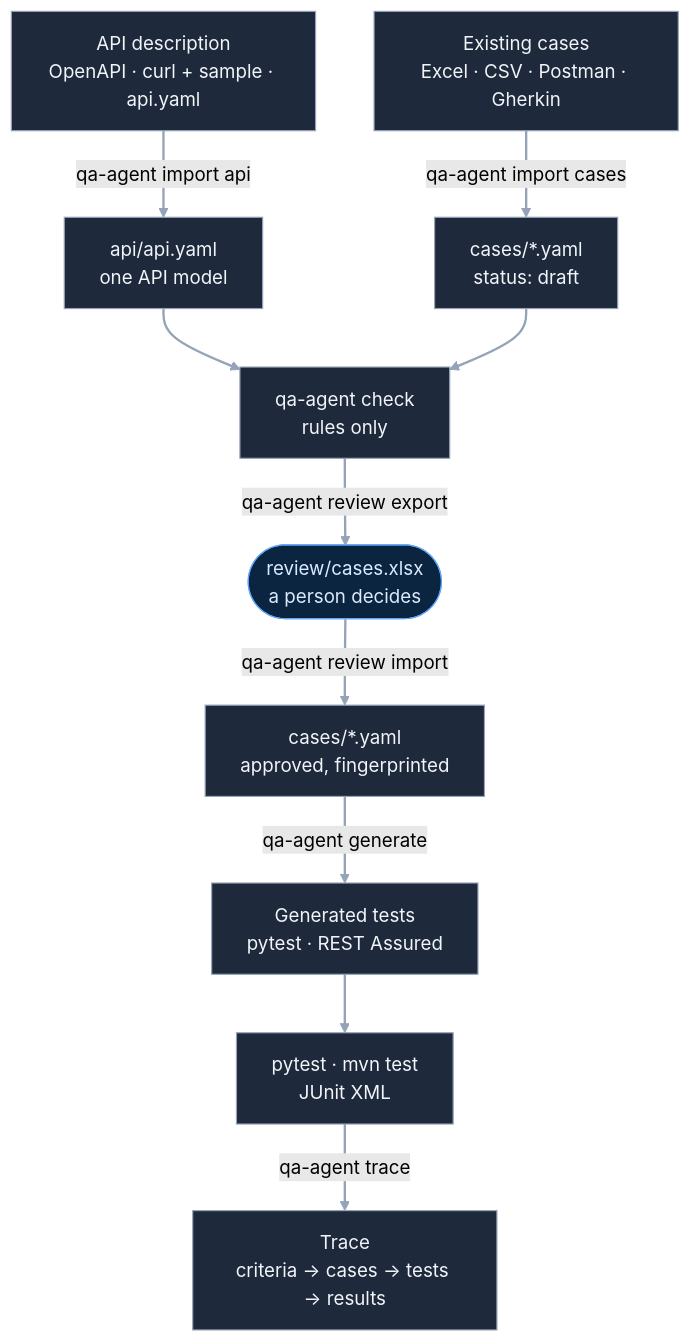
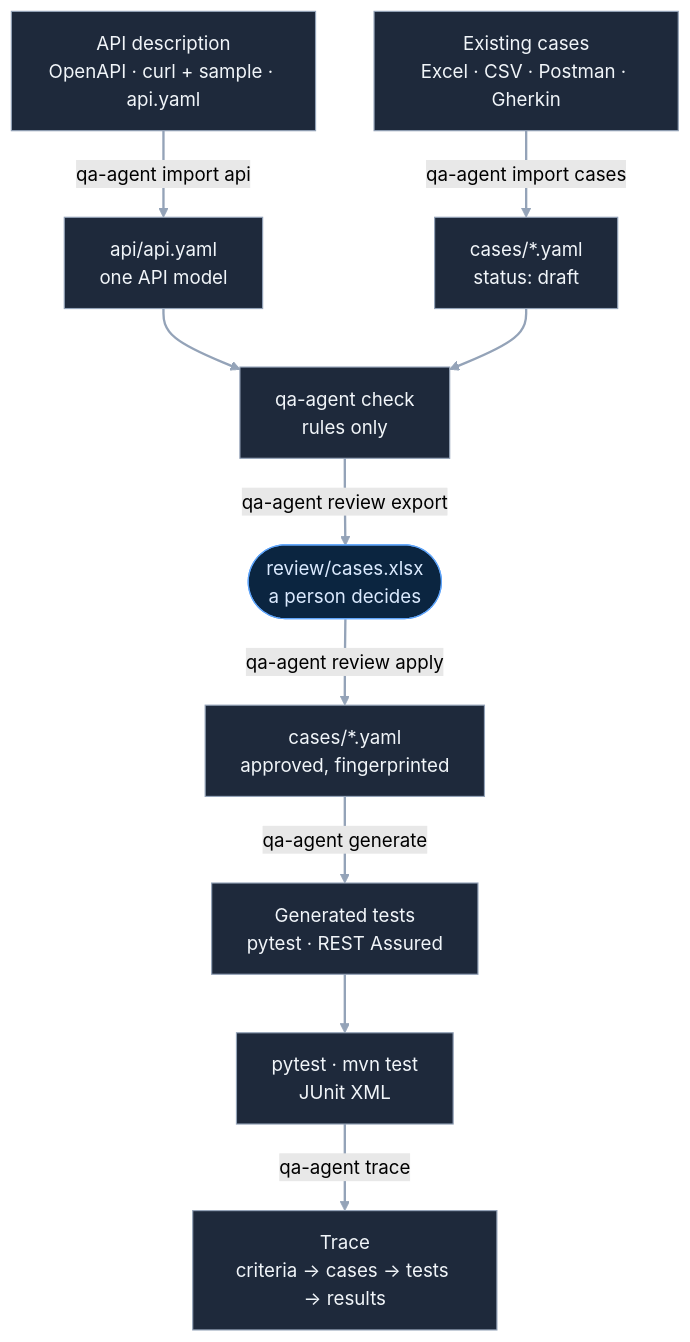
The third of 3 diagrams in docs/lld.md (rahulsharma-qe/api-qa-agent), drawn with Mermaid (forest theme) before and after one commit. The commit also changed other lines of this file and 12 other files, not shown here.

First line of the commit message:
Rename qa-agent review import to review apply

````diff
--- a/docs/lld.md
+++ b/docs/lld.md
@@ -408,17 +408,17 @@
 ```mermaid
 flowchart TB
   API["API description<br/>OpenAPI · curl + sample · api.yaml"] -->|"qa-agent import api"| AM["api/api.yaml<br/>one API model"]
   OLD["Existing cases<br/>Excel · CSV · Postman · Gherkin"] -->|"qa-agent import cases"| C["cases/*.yaml<br/>status: draft"]
   AM --> CHK["qa-agent check<br/>rules only"]
   C --> CHK
   CHK -->|"qa-agent review export"| S(["review/cases.xlsx<br/>a person decides"])
-  S -->|"qa-agent review import"| A["cases/*.yaml<br/>approved, fingerprinted"]
+  S -->|"qa-agent review apply"| A["cases/*.yaml<br/>approved, fingerprinted"]
   A -->|"qa-agent generate"| G["Generated tests<br/>pytest · REST Assured"]
   G --> R["pytest · mvn test<br/>JUnit XML"]
   R -->|"qa-agent trace"| T["Trace<br/>criteria → cases → tests → results"]
   classDef box fill:#1e293b,stroke:#94a3b8,color:#f1f5f9
   classDef person fill:#0b2540,stroke:#60a5fa,color:#dbeafe
   class API,AM,OLD,C,CHK,A,G,R,T box
   class S person
   linkStyle default stroke:#94a3b8,stroke-width:2px
 ```
````
